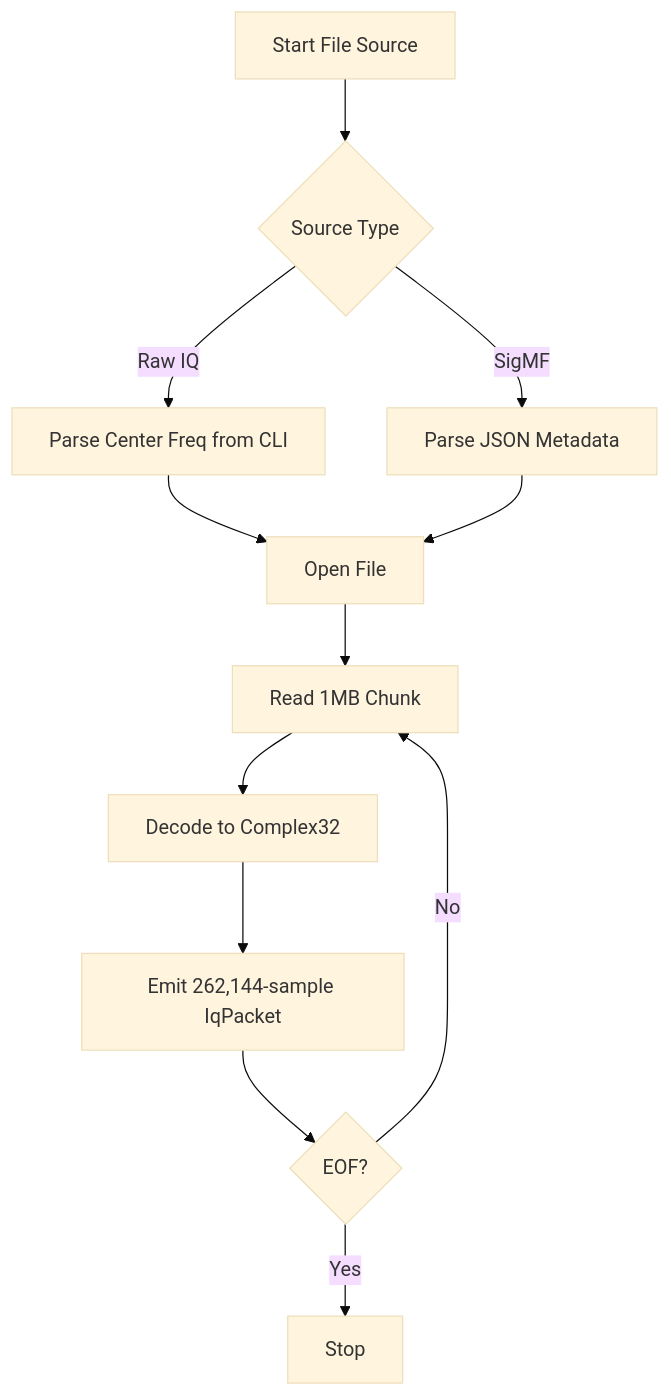
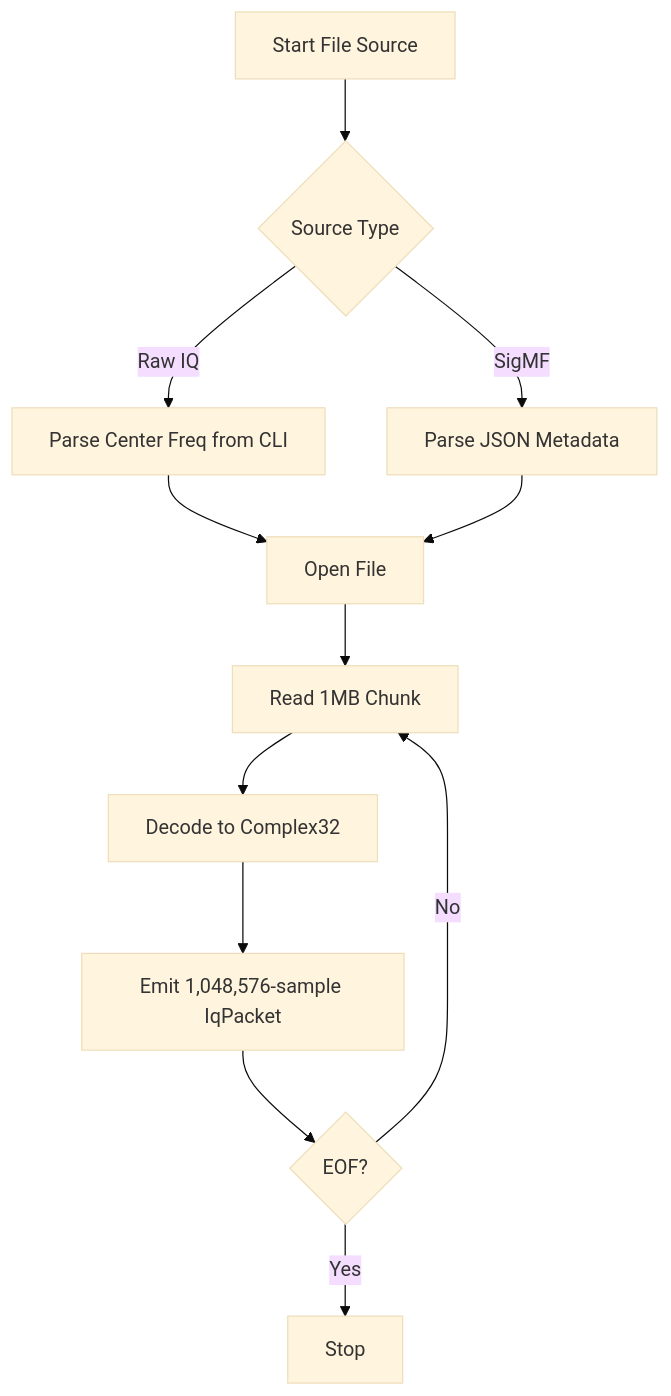
One commit to isaacbentley/orecchiette-sdr-file-rs changed the diagram in DESIGN.md. Above: the diagram before and after it, drawn with Mermaid (base theme). The commit also changed other lines of this file and 5 other files, not shown here.

````diff
--- a/DESIGN.md
+++ b/DESIGN.md
@@ -13,14 +13,14 @@
 ```mermaid
 graph TD
     A[Start File Source] --> B{Source Type}
     B -->|Raw IQ| C[Parse Center Freq from CLI]
     B -->|SigMF| D[Parse JSON Metadata]
     C --> E[Open File]
     D --> E
     E --> F[Read 1MB Chunk]
     F --> G[Decode to Complex32]
-    G --> H[Emit 262,144-sample IqPacket]
+    G --> H[Emit 1,048,576-sample IqPacket]
     H --> I{EOF?}
     I -->|No| F
     I -->|Yes| J[Stop]
 ```
````
